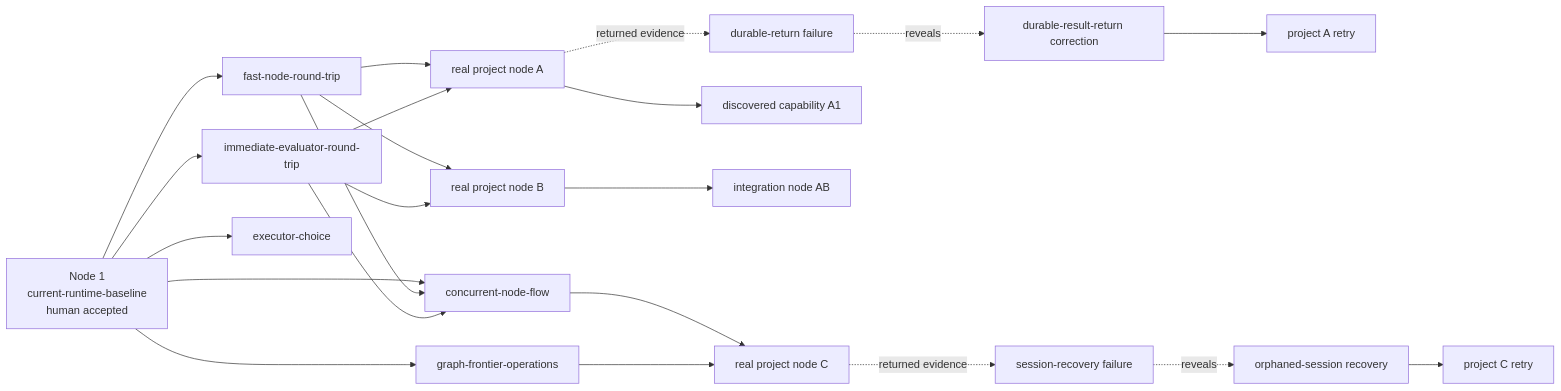
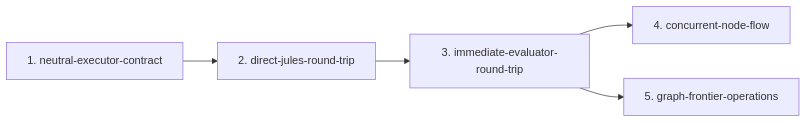
One commit to skchaudr/gddp-runtime changed the third of 3 diagrams in PROJECT-BRIEF.md. Above: the diagram before and after it, drawn with Mermaid. The commit also changed other lines of this file and 2 other files, not shown here.

Commit message:
docs: establish neutral executor graph plan

````diff
--- a/PROJECT-BRIEF.md
+++ b/PROJECT-BRIEF.md
@@ -130,35 +141,13 @@
 ```mermaid
 flowchart LR
-    baseline["Node 1<br/>current-runtime-baseline<br/>human accepted"]
-    roundtrip["fast-node-round-trip"]
-    evaluator["immediate-evaluator-round-trip"]
-    concurrency["concurrent-node-flow"]
-    frontier["graph-frontier-operations"]
-    choice["executor-choice"]
+    contract["1. neutral-executor-contract"]
+    jules["2. direct-jules-round-trip"]
+    evaluator["3. immediate-evaluator-round-trip"]
+    concurrency["4. concurrent-node-flow"]
+    frontier["5. graph-frontier-operations"]
 
-    baseline --> roundtrip
-    baseline --> evaluator
-    baseline --> concurrency
-    baseline --> frontier
-    baseline --> choice
-    roundtrip --> concurrency
+    contract --> jules
+    jules --> evaluator
     evaluator --> concurrency
-
-    roundtrip --> projectA["real project node A"]
-    evaluator --> projectA
-    roundtrip --> projectB["real project node B"]
-    evaluator --> projectB
-    concurrency --> projectC["real project node C"]
-    frontier --> projectC
-
-    projectA --> discoveredA["discovered capability A1"]
-    projectB --> integrationAB["integration node AB"]
-
-    projectA -. returned evidence .-> evidenceA["durable-return failure"]
-    evidenceA -. reveals .-> returnFix["durable-result-return correction"]
-    returnFix --> retryA["project A retry"]
-
-    projectC -. returned evidence .-> evidenceC["session-recovery failure"]
-    evidenceC -. reveals .-> recovery["orphaned-session recovery"]
-    recovery --> retryC["project C retry"]
+    evaluator --> frontier
 ```
````
